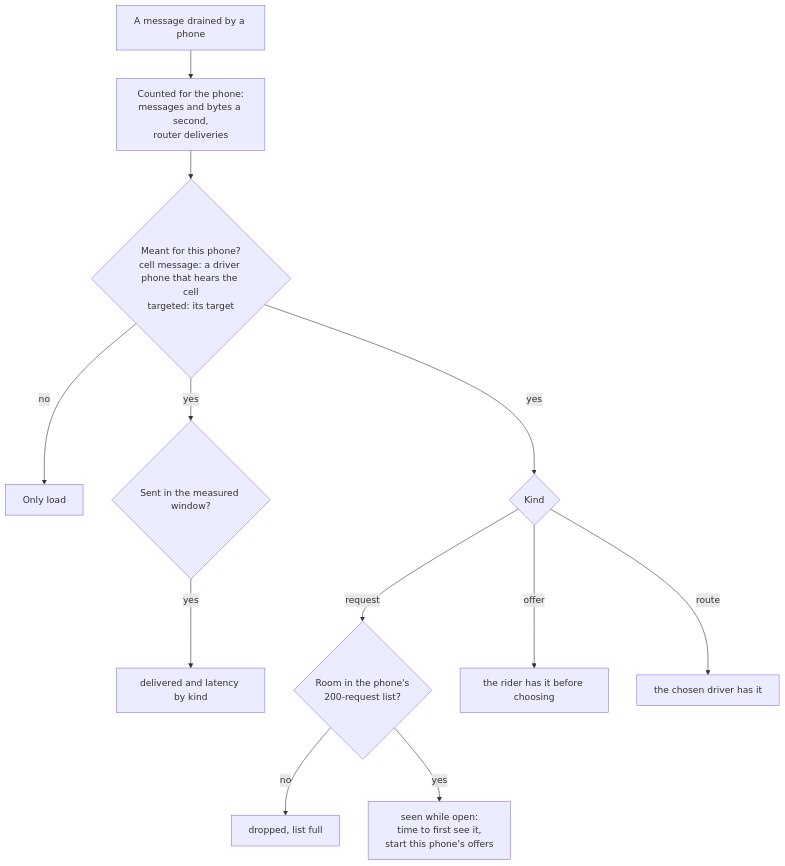
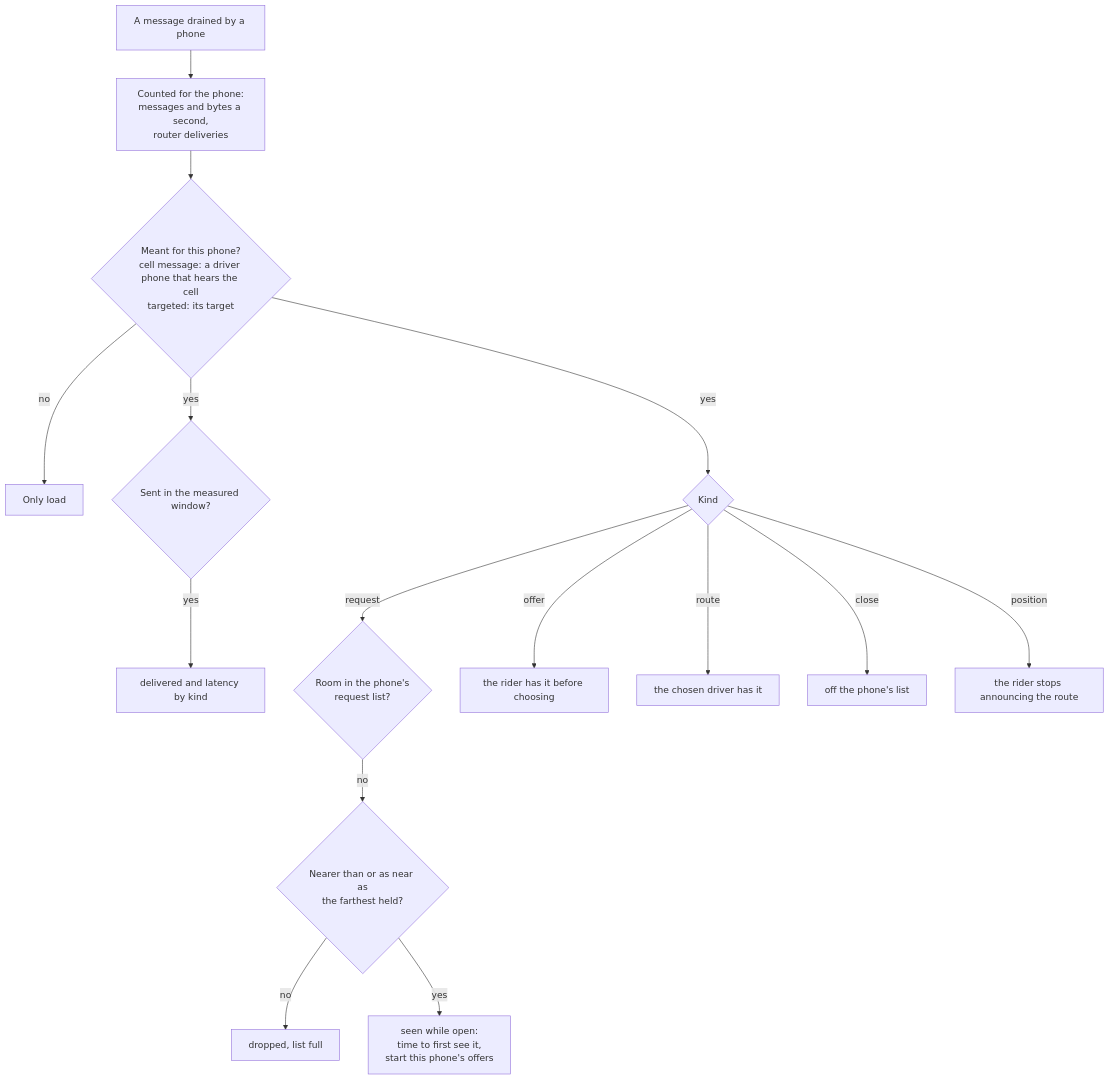
The sixth of 7 diagrams in core/docs/benchmark.md (MuriloSchaefer/klippelgo), drawn with Mermaid before and after one commit. The commit also changed other lines of this file and 16 other files, not shown here.

````diff
--- a/core/docs/benchmark.md
+++ b/core/docs/benchmark.md
@@ -204,14 +208,17 @@
 ```mermaid
 flowchart TB
     msg[A message drained by a phone] --> raw[Counted for the phone:<br/>messages and bytes a second,<br/>router deliveries]
     raw --> meant{Meant for this phone?<br/>cell message: a driver phone that hears the cell<br/>targeted: its target}
     meant -- no --> drop[Only load]
     meant -- yes --> sent{Sent in the measured window?}
     sent -- yes --> deliv[delivered and latency by kind]
     meant -- yes --> kind{Kind}
-    kind -- request --> list{Room in the phone's<br/>200-request list?}
-    list -- no --> full[dropped, list full]
-    list -- yes --> seen[seen while open:<br/>time to first see it,<br/>start this phone's offers]
+    kind -- request --> list{Room in the phone's<br/>request list?}
+    list -- no --> rank{Nearer than or as near as<br/>the farthest held?}
+    rank -- no --> full[dropped, list full]
+    rank -- yes --> seen[seen while open:<br/>time to first see it,<br/>start this phone's offers]
     kind -- offer --> offer[the rider has it before choosing]
     kind -- route --> route[the chosen driver has it]
+    kind -- close --> forget[off the phone's list]
+    kind -- position --> ack[the rider stops announcing the route]
 ```
````
